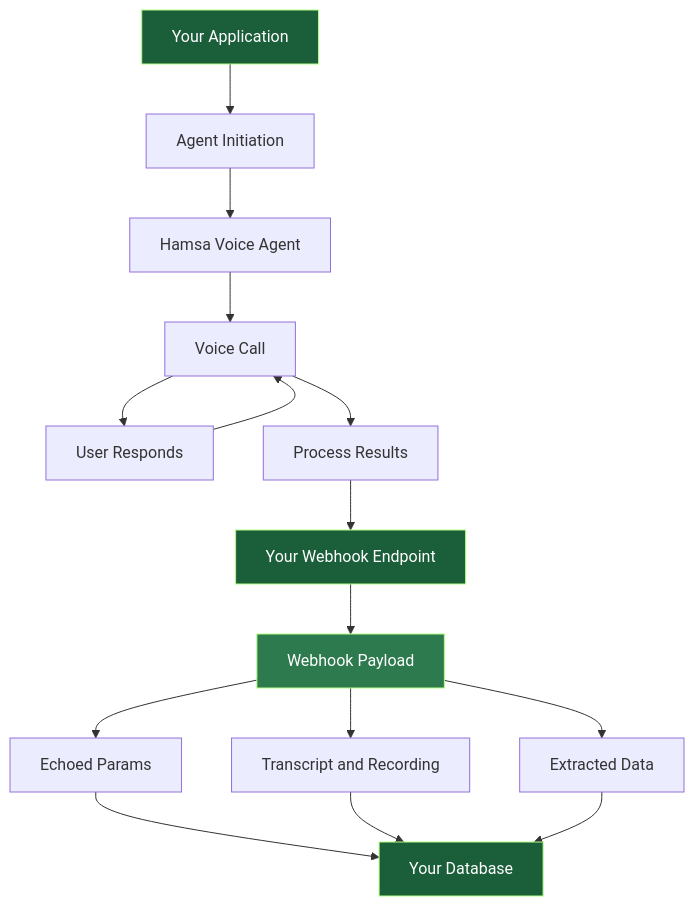
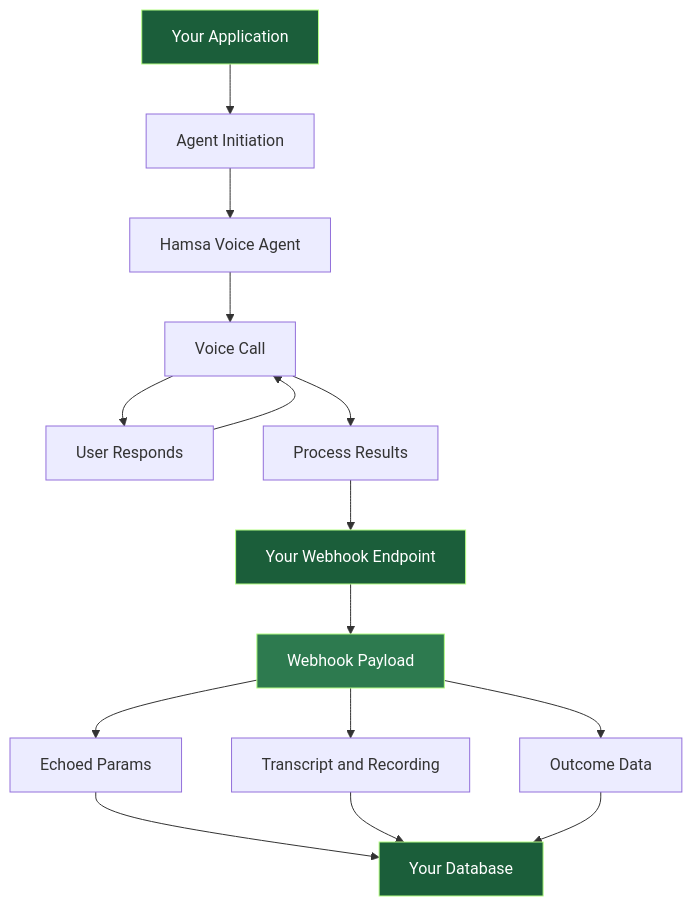
One commit to moustf/docs changed the diagram in guides/webhook-integration-guide.mdx. Above: the diagram before and after it, drawn with Mermaid. The commit also changed other lines of this file, not shown here.

First line of the commit message:
docs: Update terminology from 'Interview' to 'Call' and 'Extracted Data' to 'Outcome Data'

````diff
--- a/guides/webhook-integration-guide.mdx
+++ b/guides/webhook-integration-guide.mdx
@@ -44,22 +44,22 @@
 ```mermaid
 graph TB
     A[Your Application] --> B[Agent Initiation]
     B --> C[Hamsa Voice Agent]
     C --> D[Voice Call]
     D --> E[User Responds]
     E --> D
     D --> F[Process Results]
     F --> G[Your Webhook Endpoint]
     G --> H[Webhook Payload]
     H --> I[Transcript and Recording]
-    H --> J[Extracted Data]
+    H --> J[Outcome Data]
     H --> K[Echoed Params]
     K --> L[Your Database]
     I --> L
     J --> L
 
     style A fill:#1B5E3A,stroke:#B4FD83,color:#fff
     style G fill:#1B5E3A,stroke:#B4FD83,color:#fff
     style L fill:#1B5E3A,stroke:#B4FD83,color:#fff
     style H fill:#2D7A4F,stroke:#B4FD83,color:#fff
 ```
````
